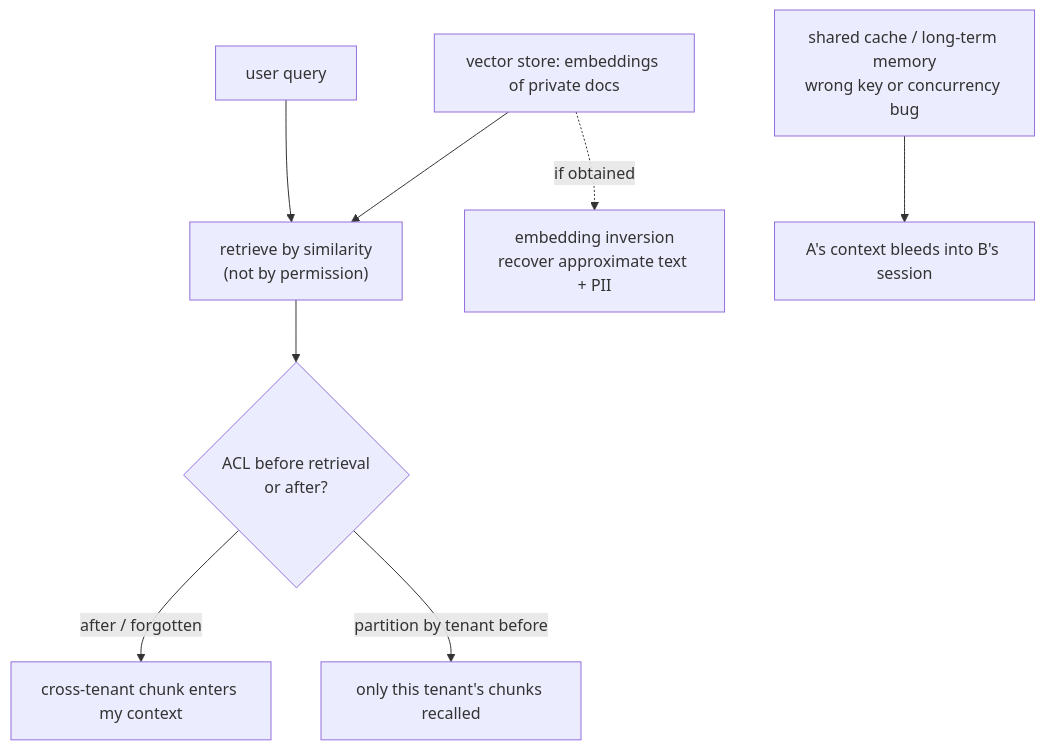
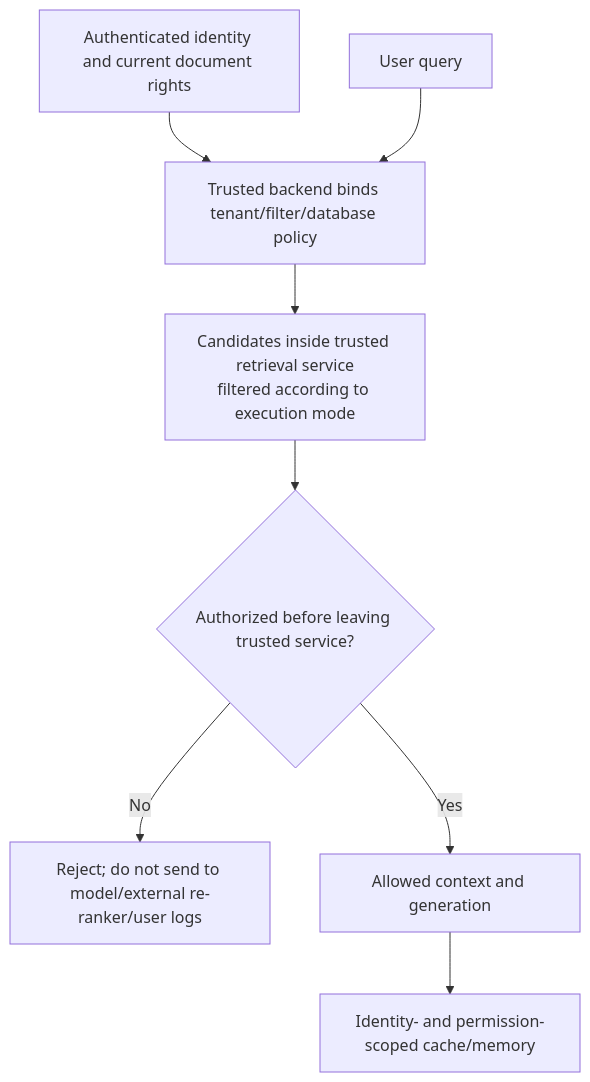
The diagram in i18n/en/docusaurus-plugin-content-docs-privacy/current/04-rag-agents/rag-retrieval-leakage.mdx (XuebinMa/AIWiki), drawn with Mermaid before and after one commit. The commit also changed other lines of this file and 325 other files, not shown here.

````diff
--- a/i18n/en/docusaurus-plugin-content-docs-privacy/current/04-rag-agents/rag-retrieval-leakage.mdx
+++ b/i18n/en/docusaurus-plugin-content-docs-privacy/current/04-rag-agents/rag-retrieval-leakage.mdx
@@ -42,10 +42,10 @@
 ```mermaid
 flowchart TB
-    Q["user query"] --> R["retrieve by similarity<br/>(not by permission)"]
-    V["vector store: embeddings of private docs"] --> R
-    V -.if obtained.-> INV["embedding inversion<br/>recover approximate text + PII"]
-    R --> A{"ACL before retrieval<br/>or after?"}
-    A -->|after / forgotten| LEAK["cross-tenant chunk enters my context"]
-    A -->|partition by tenant before| OK["only this tenant's chunks recalled"]
-    C["shared cache / long-term memory<br/>wrong key or concurrency bug"] --> BLEED["A's context bleeds into B's session"]
+    I["Authenticated identity and current document rights"] --> B["Trusted backend binds tenant/filter/database policy"]
+    Q["User query"] --> B
+    B --> R["Candidates inside trusted retrieval service<br/>filtered according to execution mode"]
+    R --> A{"Authorized before leaving trusted service?"}
+    A -->|No| X["Reject; do not send to model/external re-ranker/user logs"]
+    A -->|Yes| M["Allowed context and generation"]
+    M --> C["Identity- and permission-scoped cache/memory"]
 ```
````
